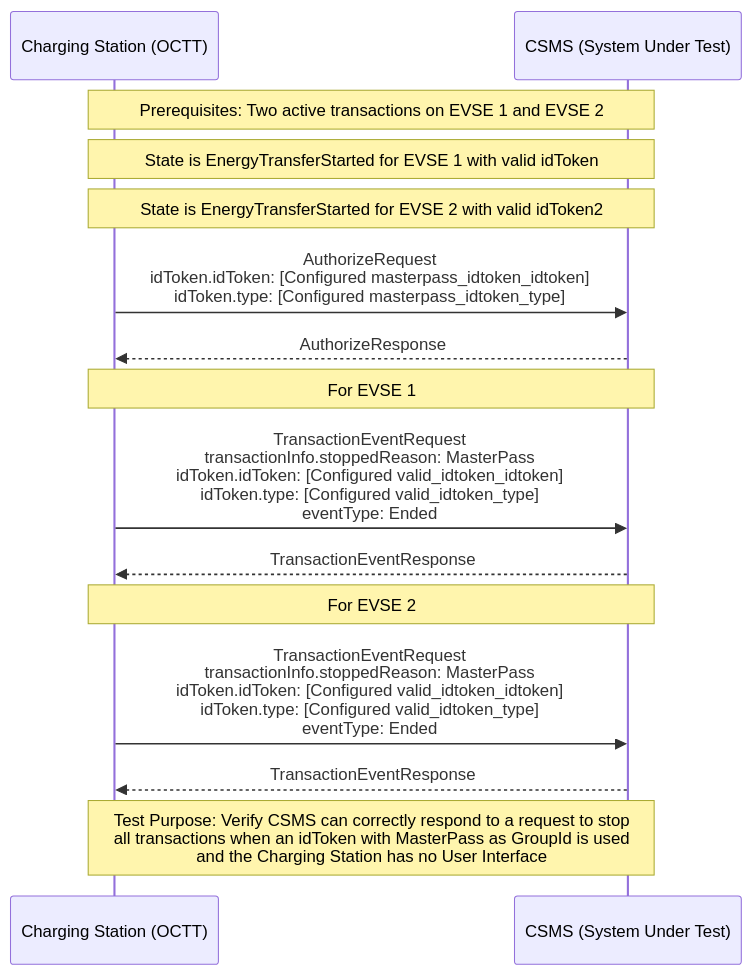
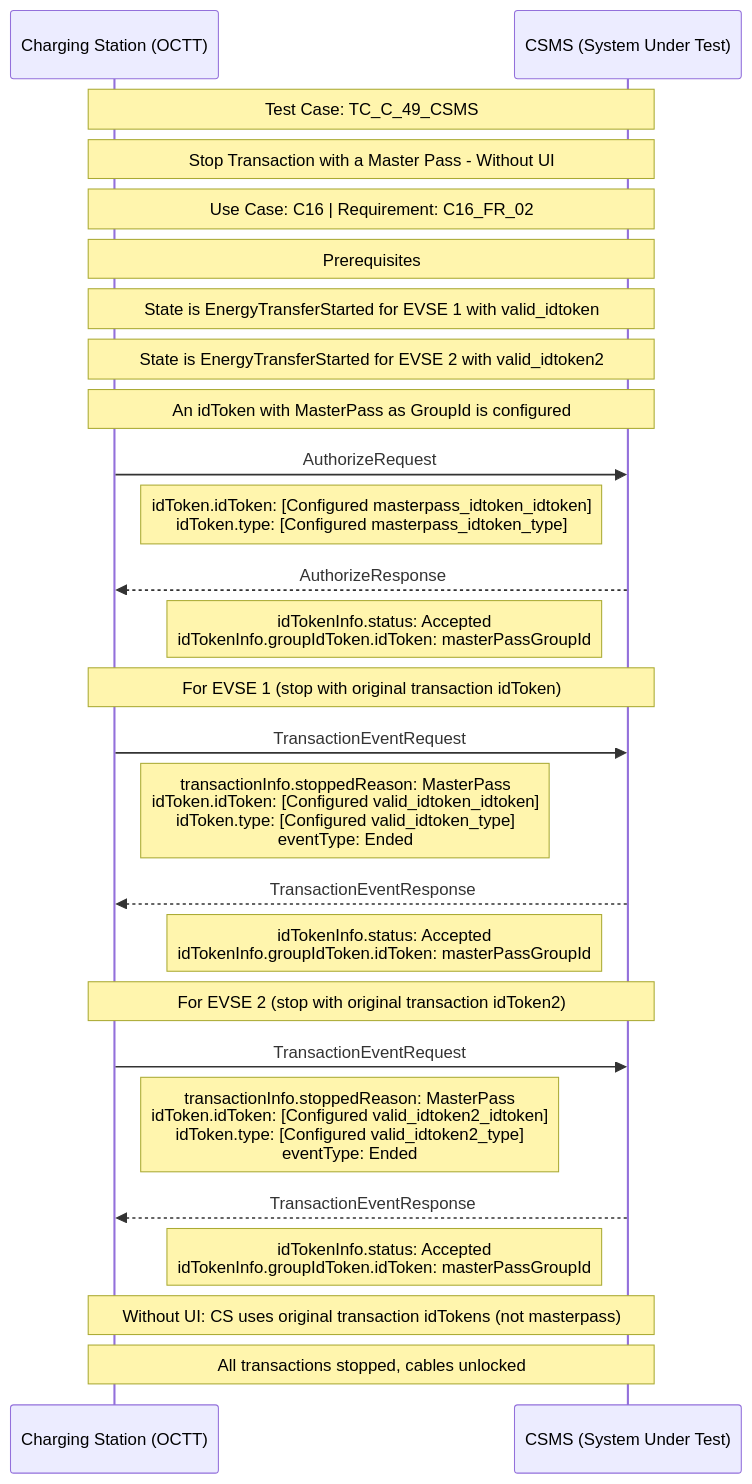
One commit to AviranAbady/tzi-OCTT changed the diagram in C/test_tc_c_49_csms.mermaid. Above: the diagram before and after it, drawn with Mermaid. The commit also changed 547 other files, not shown here.

```diff
--- a/C/test_tc_c_49_csms.mermaid
+++ b/C/test_tc_c_49_csms.mermaid
@@ -1,20 +1,35 @@
 sequenceDiagram
     participant CS as Charging Station (OCTT)
     participant CSMS as CSMS (System Under Test)
-    
-    Note over CS, CSMS: Prerequisites: Two active transactions on EVSE 1 and EVSE 2
-    Note over CS, CSMS: State is EnergyTransferStarted for EVSE 1 with valid idToken
-    Note over CS, CSMS: State is EnergyTransferStarted for EVSE 2 with valid idToken2
-    
-    CS->>CSMS: AuthorizeRequest<br/>idToken.idToken: [Configured masterpass_idtoken_idtoken]<br/>idToken.type: [Configured masterpass_idtoken_type]
+
+    Note over CS, CSMS: Test Case: TC_C_49_CSMS
+    Note over CS, CSMS: Stop Transaction with a Master Pass - Without UI
+    Note over CS, CSMS: Use Case: C16 | Requirement: C16_FR_02
+
+    Note over CS, CSMS: Prerequisites
+    Note over CS, CSMS: State is EnergyTransferStarted for EVSE 1 with valid_idtoken
+    Note over CS, CSMS: State is EnergyTransferStarted for EVSE 2 with valid_idtoken2
+    Note over CS, CSMS: An idToken with MasterPass as GroupId is configured
+
+    CS->>CSMS: AuthorizeRequest
+    Note right of CS: idToken.idToken: [Configured masterpass_idtoken_idtoken]<br/>idToken.type: [Configured masterpass_idtoken_type]
+
     CSMS-->>CS: AuthorizeResponse
-    
-    Note over CS, CSMS: For EVSE 1
-    CS->>CSMS: TransactionEventRequest<br/>transactionInfo.stoppedReason: MasterPass<br/>idToken.idToken: [Configured valid_idtoken_idtoken]<br/>idToken.type: [Configured valid_idtoken_type]<br/>eventType: Ended
+    Note left of CSMS: idTokenInfo.status: Accepted<br/>idTokenInfo.groupIdToken.idToken: masterPassGroupId
+
+    Note over CS, CSMS: For EVSE 1 (stop with original transaction idToken)
+    CS->>CSMS: TransactionEventRequest
+    Note right of CS: transactionInfo.stoppedReason: MasterPass<br/>idToken.idToken: [Configured valid_idtoken_idtoken]<br/>idToken.type: [Configured valid_idtoken_type]<br/>eventType: Ended
+
     CSMS-->>CS: TransactionEventResponse
-    
-    Note over CS, CSMS: For EVSE 2
-    CS->>CSMS: TransactionEventRequest<br/>transactionInfo.stoppedReason: MasterPass<br/>idToken.idToken: [Configured valid_idtoken_idtoken]<br/>idToken.type: [Configured valid_idtoken_type]<br/>eventType: Ended
+    Note left of CSMS: idTokenInfo.status: Accepted<br/>idTokenInfo.groupIdToken.idToken: masterPassGroupId
+
+    Note over CS, CSMS: For EVSE 2 (stop with original transaction idToken2)
+    CS->>CSMS: TransactionEventRequest
+    Note right of CS: transactionInfo.stoppedReason: MasterPass<br/>idToken.idToken: [Configured valid_idtoken2_idtoken]<br/>idToken.type: [Configured valid_idtoken2_type]<br/>eventType: Ended
+
     CSMS-->>CS: TransactionEventResponse
-    
-    Note over CS, CSMS: Test Purpose: Verify CSMS can correctly respond to a request to stop<br/>all transactions when an idToken with MasterPass as GroupId is used<br/>and the Charging Station has no User Interface
+    Note left of CSMS: idTokenInfo.status: Accepted<br/>idTokenInfo.groupIdToken.idToken: masterPassGroupId
+
+    Note over CS, CSMS: Without UI: CS uses original transaction idTokens (not masterpass)
+    Note over CS, CSMS: All transactions stopped, cables unlocked
```
